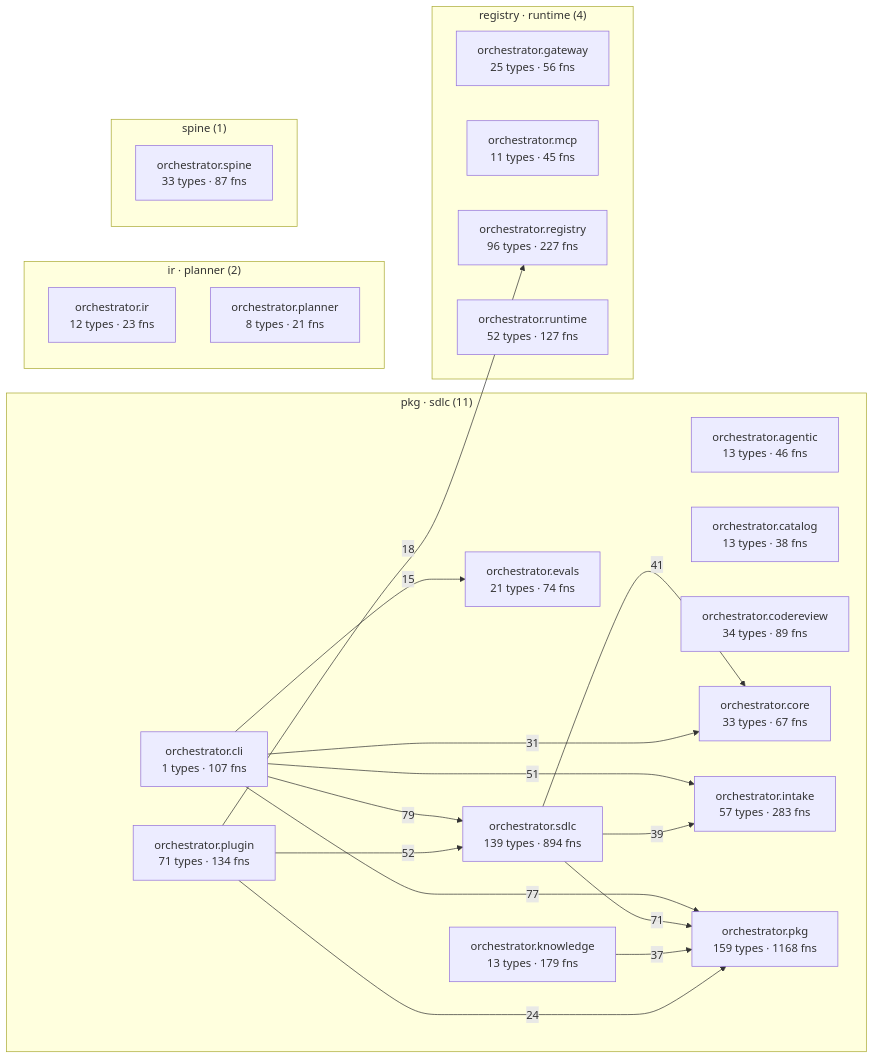
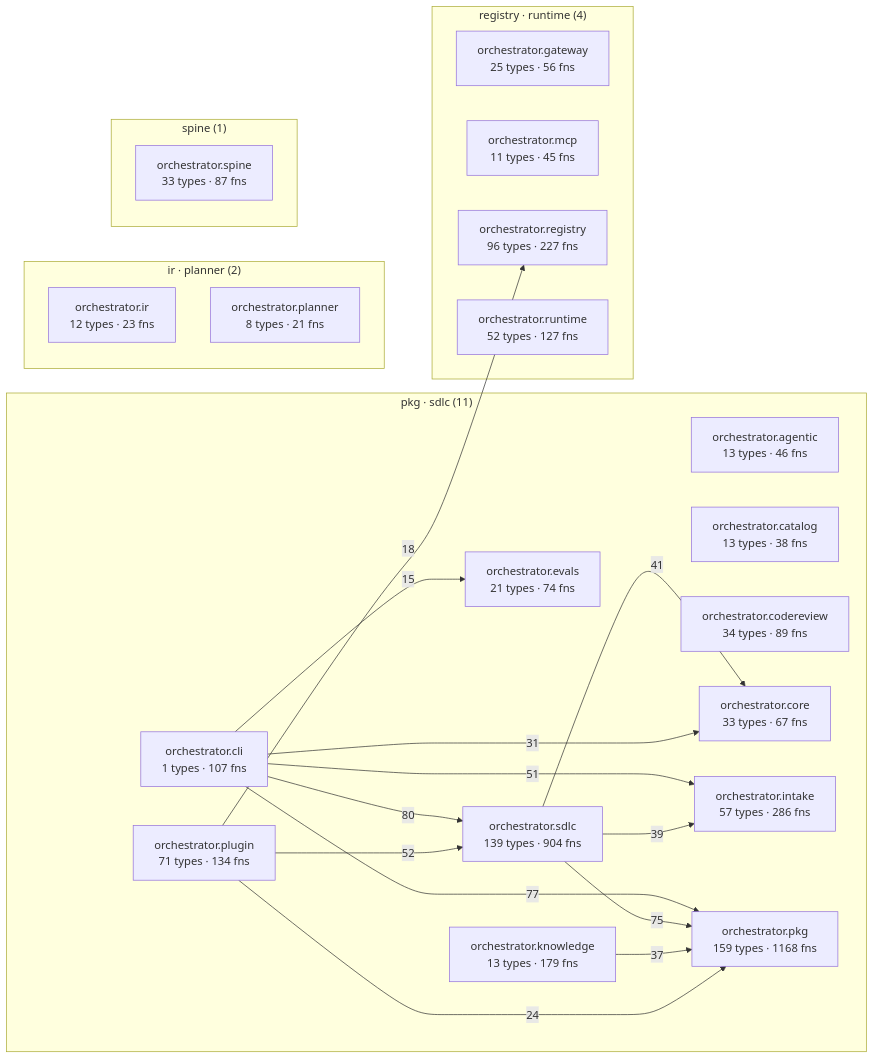
The diagram in episteme/architecture.md (synaptixs/spine), drawn with Mermaid before and after one commit. The commit also changed other lines of this file and 21 other files, not shown here.

````diff
--- a/episteme/architecture.md
+++ b/episteme/architecture.md
@@ -55,41 +55,41 @@
 ```mermaid
 flowchart LR
   subgraph c_2["pkg · sdlc (11)"]
     aorchestratoragentic["orchestrator.agentic<br/>13 types · 46 fns"]
     aorchestratorcatalog["orchestrator.catalog<br/>13 types · 38 fns"]
     aorchestratorcli["orchestrator.cli<br/>1 types · 107 fns"]
     aorchestratorcodereview["orchestrator.codereview<br/>34 types · 89 fns"]
     aorchestratorcore["orchestrator.core<br/>33 types · 67 fns"]
     aorchestratorevals["orchestrator.evals<br/>21 types · 74 fns"]
-    aorchestratorintake["orchestrator.intake<br/>57 types · 283 fns"]
+    aorchestratorintake["orchestrator.intake<br/>57 types · 286 fns"]
     aorchestratorknowledge["orchestrator.knowledge<br/>13 types · 179 fns"]
     aorchestratorpkg["orchestrator.pkg<br/>159 types · 1168 fns"]
     aorchestratorplugin["orchestrator.plugin<br/>71 types · 134 fns"]
-    aorchestratorsdlc["orchestrator.sdlc<br/>139 types · 894 fns"]
+    aorchestratorsdlc["orchestrator.sdlc<br/>139 types · 904 fns"]
   end
   subgraph c_4["registry · runtime (4)"]
     aorchestratorgateway["orchestrator.gateway<br/>25 types · 56 fns"]
     aorchestratormcp["orchestrator.mcp<br/>11 types · 45 fns"]
     aorchestratorregistry["orchestrator.registry<br/>96 types · 227 fns"]
     aorchestratorruntime["orchestrator.runtime<br/>52 types · 127 fns"]
   end
   subgraph c_6["ir · planner (2)"]
     aorchestratorir["orchestrator.ir<br/>12 types · 23 fns"]
     aorchestratorplanner["orchestrator.planner<br/>8 types · 21 fns"]
   end
   subgraph c_11["spine (1)"]
     aorchestratorspine["orchestrator.spine<br/>33 types · 87 fns"]
   end
-  aorchestratorcli -->|79| aorchestratorsdlc
+  aorchestratorcli -->|80| aorchestratorsdlc
   aorchestratorcli -->|77| aorchestratorpkg
-  aorchestratorsdlc -->|71| aorchestratorpkg
+  aorchestratorsdlc -->|75| aorchestratorpkg
   aorchestratorplugin -->|52| aorchestratorsdlc
   aorchestratorcli -->|51| aorchestratorintake
   aorchestratorsdlc -->|41| aorchestratorcore
   aorchestratorsdlc -->|39| aorchestratorintake
   aorchestratorknowledge -->|37| aorchestratorpkg
   aorchestratorcli -->|31| aorchestratorcore
   aorchestratorplugin -->|24| aorchestratorpkg
   aorchestratorplugin -->|18| aorchestratorregistry
   aorchestratorcli -->|15| aorchestratorevals
 ```
````
